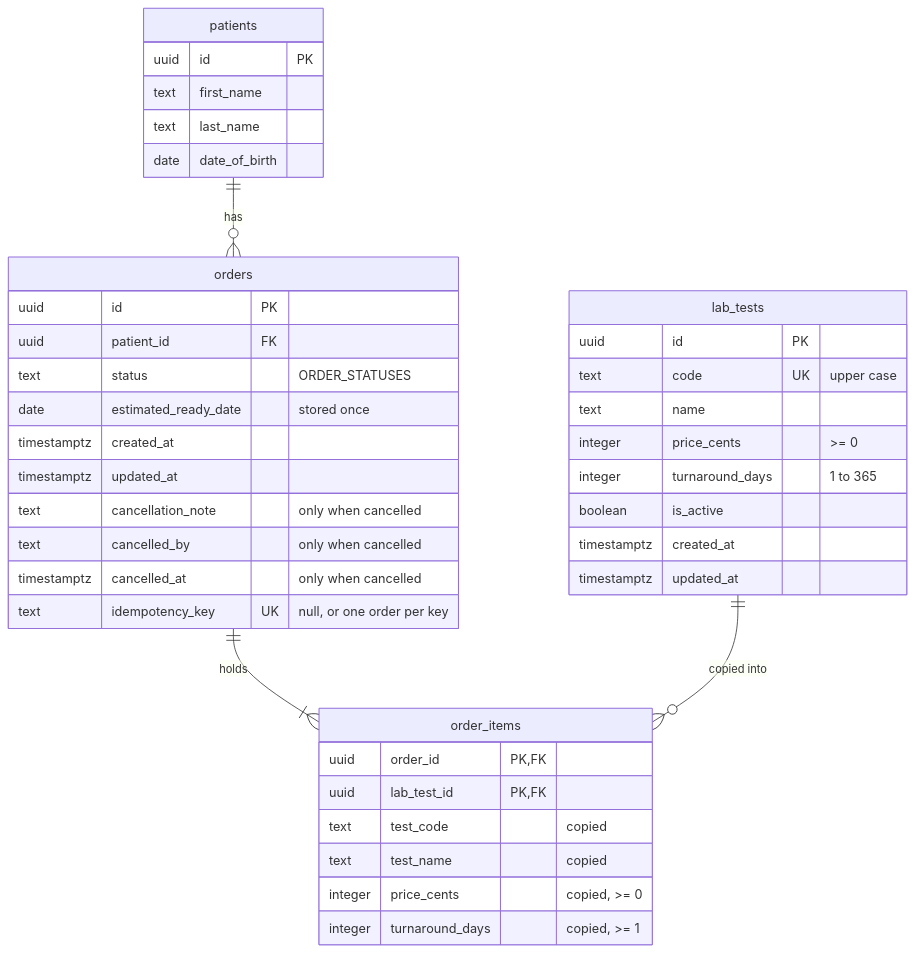
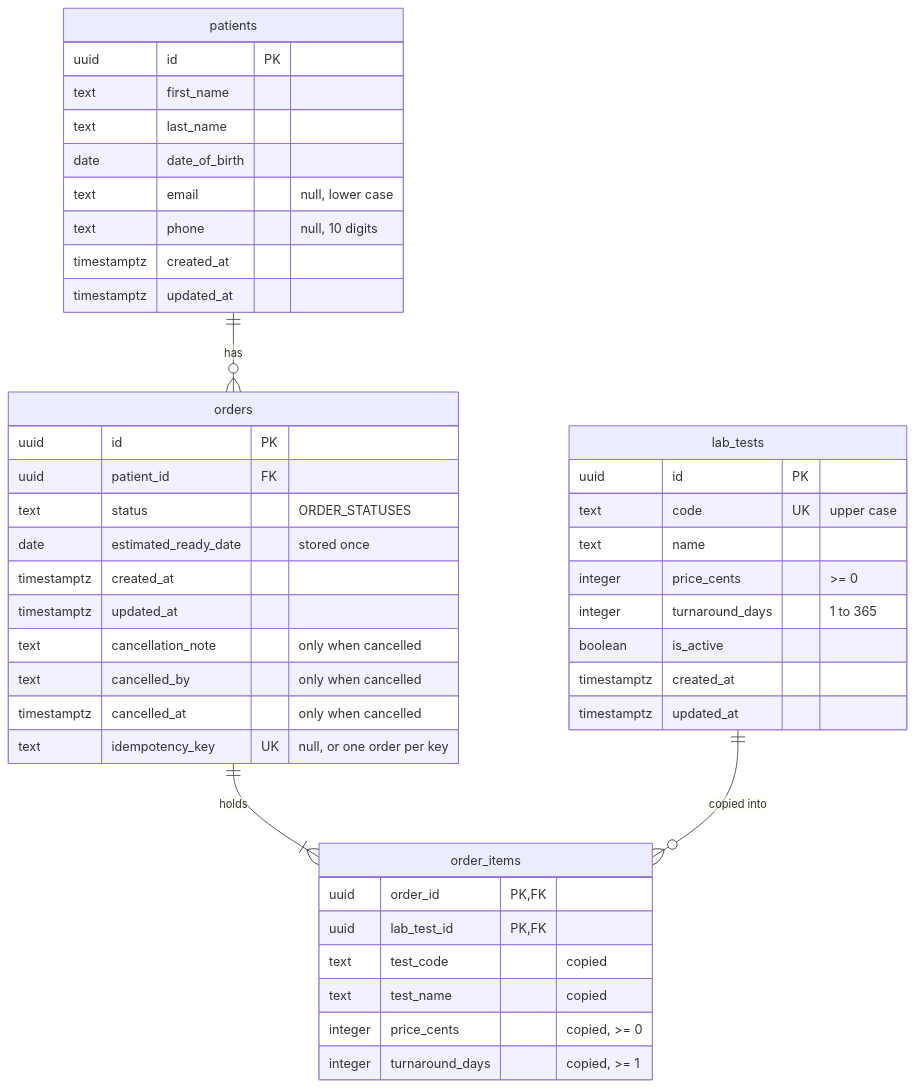
One commit to spencerolsen/eh-lab-orders-lite changed the diagram in docs/data-model.md. Above: the diagram before and after it, drawn with Mermaid. The commit also changed other lines of this file and 1 other file, not shown here.

Commit message:
Docs: correct architecture and data model against the code

````diff
--- a/docs/data-model.md
+++ b/docs/data-model.md
@@ -9,42 +9,46 @@
 ```mermaid
 erDiagram
   lab_tests {
     uuid id PK
     text code UK "upper case"
     text name
     integer price_cents ">= 0"
     integer turnaround_days "1 to 365"
     boolean is_active
     timestamptz created_at
     timestamptz updated_at
   }
   patients {
     uuid id PK
     text first_name
     text last_name
     date date_of_birth
+    text email "null, lower case"
+    text phone "null, 10 digits"
+    timestamptz created_at
+    timestamptz updated_at
   }
   orders {
     uuid id PK
     uuid patient_id FK
     text status "ORDER_STATUSES"
     date estimated_ready_date "stored once"
     timestamptz created_at
     timestamptz updated_at
     text cancellation_note "only when cancelled"
     text cancelled_by "only when cancelled"
     timestamptz cancelled_at "only when cancelled"
     text idempotency_key UK "null, or one order per key"
   }
   order_items {
     uuid order_id PK, FK
     uuid lab_test_id PK, FK
     text test_code "copied"
     text test_name "copied"
     integer price_cents "copied, >= 0"
     integer turnaround_days "copied, >= 1"
   }
   patients ||--o{ orders : "has"
   orders ||--|{ order_items : "holds"
   lab_tests ||--o{ order_items : "copied into"
 ```
````
